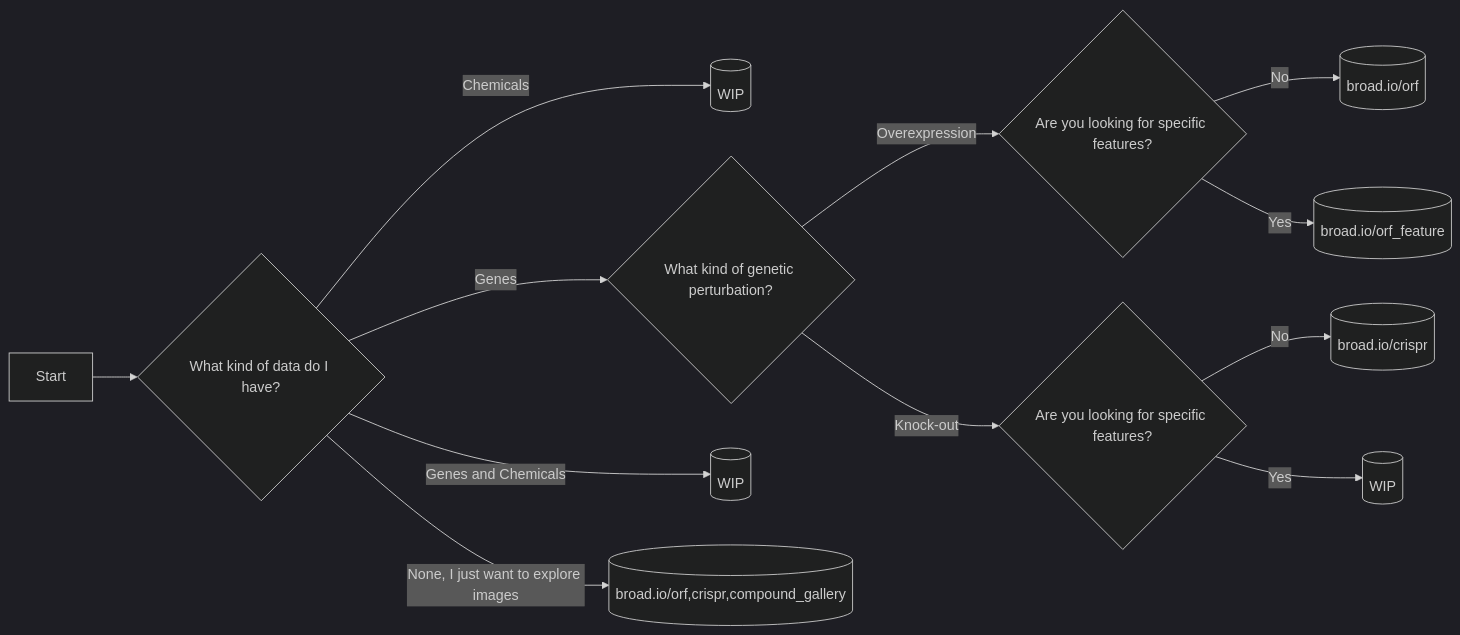
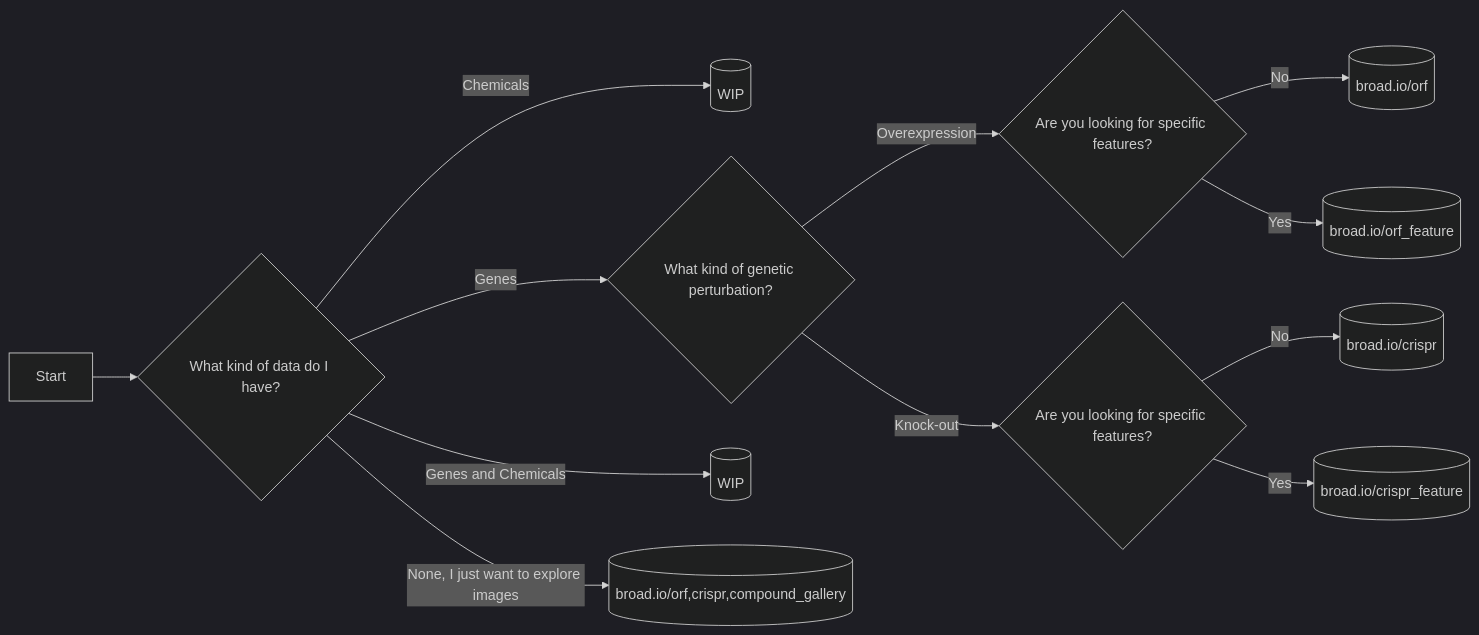
One commit to broadinstitute/monorepo changed the diagram in libs/jump_rr/README.md. Above: the diagram before and after it, drawn with Mermaid (dark theme).

Commit message:
docs(rr): add crispr_feature

````diff
--- a/libs/jump_rr/README.md
+++ b/libs/jump_rr/README.md
@@ -16,14 +16,14 @@
 ```mermaid
 flowchart LR
     A[Start] --> B{What kind of data do I have?}
     B -- Chemicals --> C[(WIP)]
     B -- Genes --> D{What kind of genetic perturbation?}
     B -- Genes and Chemicals --> asd[(WIP)]
     B -- None, I just want to explore images --> images[(broad.io/orf,crispr,compound_gallery)]
     D -- Overexpression --> orf{Are you looking for specific features?}
     D -- Knock-out --> crispr{Are you looking for specific features?}
     orf -- No -->  F[(broad.io/orf)]
     orf -- Yes -->  G[(broad.io/orf_feature)]
     crispr -- No -->  H[(broad.io/crispr)]
-    crispr -- Yes --> I[(WIP)]
+    crispr -- Yes --> I[(broad.io/crispr_feature)]
 ```
````
